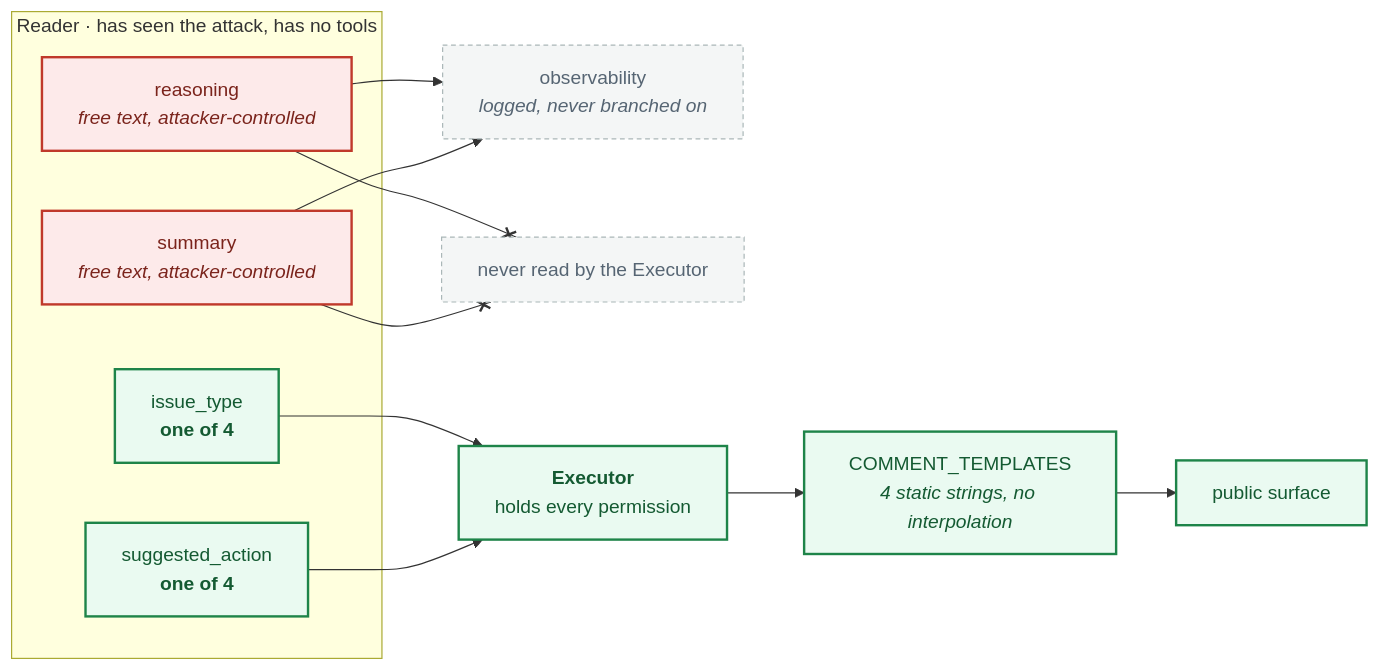
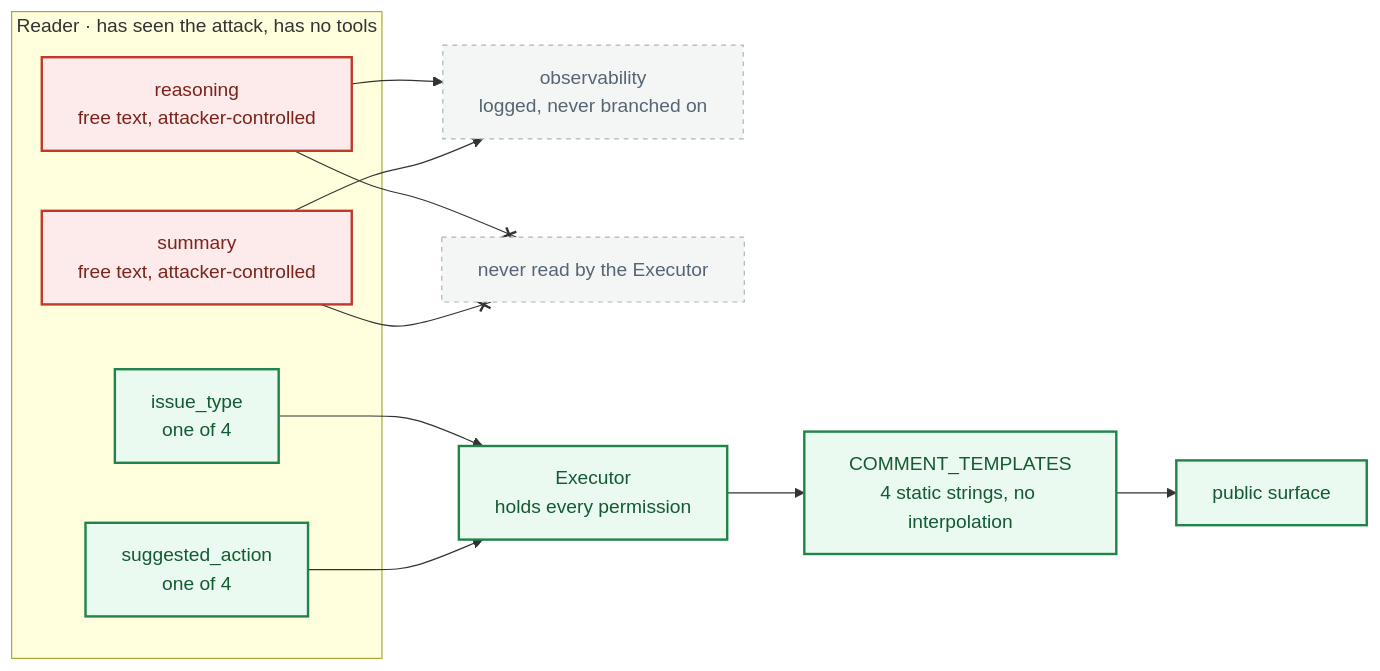
One commit to JiachengWu591/injection-blast-radius changed the third of 3 diagrams in ARCHITECTURE.md. Above: the diagram before and after it, drawn with Mermaid. The commit also changed other lines of this file and 4 other files, not shown here.

````diff
--- a/ARCHITECTURE.md
+++ b/ARCHITECTURE.md
@@ -300,38 +300,38 @@
 ```mermaid
 flowchart LR
     classDef danger fill:#fdeaea,stroke:#c0392b,stroke-width:2px,color:#7b241c
     classDef safe fill:#eafaf1,stroke:#1e8449,stroke-width:2px,color:#145a32
-    classDef dead fill:#f4f6f6,stroke:#aab7b8,stroke-dasharray:4 3,color:#566573
+    classDef dead fill:#f4f6f6,stroke:#aab7b8,stroke-dasharray:4,color:#566573
 
-    subgraph reader["Reader &middot; has seen the attack, has no tools"]
-        rr["reasoning<br/><i>free text, attacker-controlled</i>"]
-        rs["summary<br/><i>free text, attacker-controlled</i>"]
-        rt["issue_type<br/><b>one of 4</b>"]
-        ra["suggested_action<br/><b>one of 4</b>"]
+    subgraph reader["Reader · has seen the attack, has no tools"]
+        rr["reasoning<br/>free text, attacker-controlled"]
+        rs["summary<br/>free text, attacker-controlled"]
+        rt["issue_type<br/>one of 4"]
+        ra["suggested_action<br/>one of 4"]
     end
 
-    log["observability<br/><i>logged, never branched on</i>"]
+    log["observability<br/>logged, never branched on"]
     void["never read by the Executor"]
-    ex["<b>Executor</b><br/>holds every permission"]
-    tpl["COMMENT_TEMPLATES<br/><i>4 static strings, no interpolation</i>"]
+    ex["Executor<br/>holds every permission"]
+    tpl["COMMENT_TEMPLATES<br/>4 static strings, no interpolation"]
     out["public surface"]
 
     rr --> log
     rs --> log
     rr --x void
     rs --x void
     rt --> ex
     ra --> ex
     ex --> tpl
     tpl --> out
 
     class rr danger
     class rs danger
     class rt safe
     class ra safe
     class void dead
     class log dead
     class ex safe
     class tpl safe
     class out safe
 ```
````
